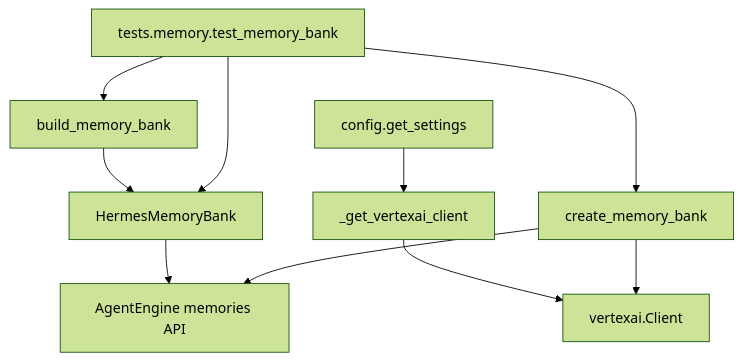
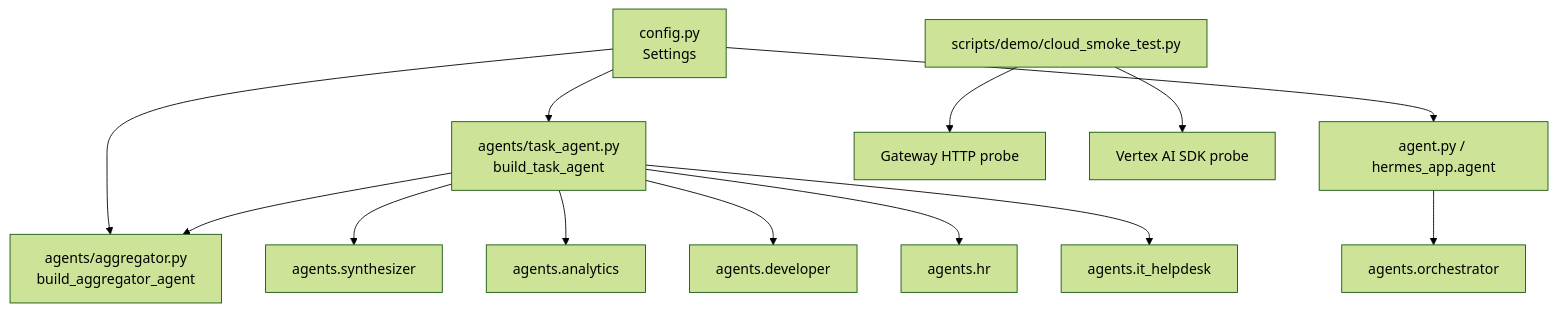
One commit to unrealandychan/gcp-hermes-agnet changed the first of 2 diagrams in .rekipedia/wiki/architecture.md. Above: the diagram before and after it, drawn with Mermaid (forest theme). The commit also changed other lines of this file and 16 other files, not shown here.

````diff
--- a/.rekipedia/wiki/architecture.md
+++ b/.rekipedia/wiki/architecture.md
@@ -19,21 +22,15 @@
 ```mermaid
 flowchart TD
-    Settings[config.get_settings]
-    ClientFactory[_get_vertexai_client]
-    Bank[HermesMemoryBank]
-    Build[build_memory_bank]
-    Create[create_memory_bank]
-    VertexAI[vertexai.Client]
-    Memories[AgentEngine memories API]
-    Tests[tests.memory.test_memory_bank]
-
-    Settings --> ClientFactory
-    ClientFactory --> VertexAI
-    Build --> Bank
-    Bank --> Memories
-    Create --> VertexAI
-    Create --> Memories
-    Tests --> Bank
-    Tests --> Build
-    Tests --> Create
+    Config[config.py\nSettings] --> Aggregator[agents/aggregator.py\nbuild_aggregator_agent]
+    Config --> TaskAgent[agents/task_agent.py\nbuild_task_agent]
+    Config --> Bootstrap[agent.py / hermes_app.agent]
+    TaskAgent --> Synth[agents.synthesizer]
+    TaskAgent --> Analytics[agents.analytics]
+    TaskAgent --> Developer[agents.developer]
+    TaskAgent --> HR[agents.hr]
+    TaskAgent --> Helpdesk[agents.it_helpdesk]
+    TaskAgent --> Aggregator
+    Smoke[scripts/demo/cloud_smoke_test.py] --> HTTPX[Gateway HTTP probe]
+    Smoke --> Vertex[Vertex AI SDK probe]
+    Bootstrap --> Orchestrator[agents.orchestrator]
 ```
````
